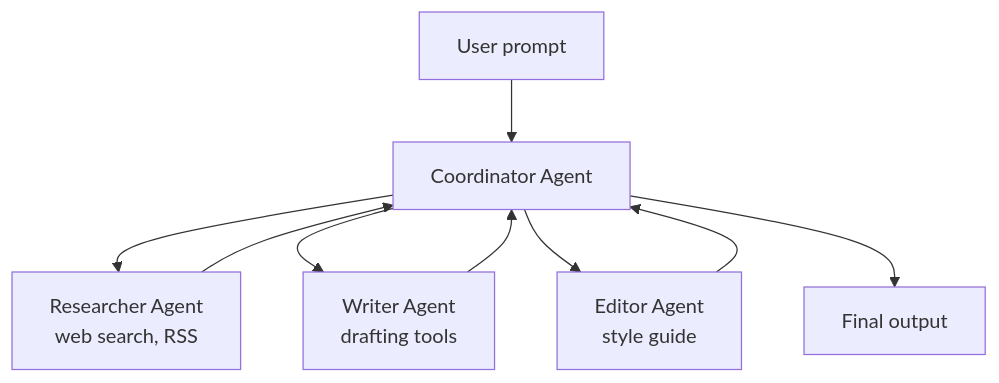
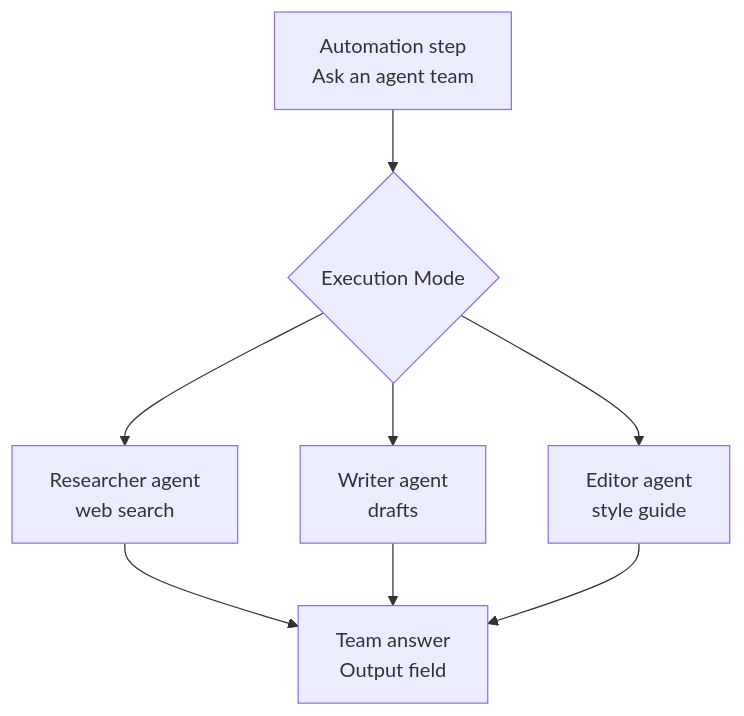
One commit to taskade/docs changed the fourth of 5 diagrams in apis-living-system-development/autonomous-agents.md. Above: the diagram before and after it, drawn with Mermaid. The commit also changed other lines of this file and 99 other files, not shown here.

````diff
--- a/apis-living-system-development/autonomous-agents.md
+++ b/apis-living-system-development/autonomous-agents.md
@@ -104,11 +111,10 @@
 ```mermaid
-graph TB
-    User[User prompt] --> Coordinator[Coordinator Agent]
-    Coordinator --> Researcher[Researcher Agent<br/>web search, RSS]
-    Coordinator --> Writer[Writer Agent<br/>drafting tools]
-    Coordinator --> Editor[Editor Agent<br/>style guide]
-    Researcher --> Coordinator
-    Writer --> Coordinator
-    Editor --> Coordinator
-    Coordinator --> Output[Final output]
+graph TD
+    Input["Automation step<br/>Ask an agent team"] --> Mode{"Execution Mode"}
+    Mode --> Researcher["Researcher agent<br/>web search"]
+    Mode --> Writer["Writer agent<br/>drafts"]
+    Mode --> Editor["Editor agent<br/>style guide"]
+    Researcher --> Output["Team answer<br/>Output field"]
+    Writer --> Output
+    Editor --> Output
 ```
````
